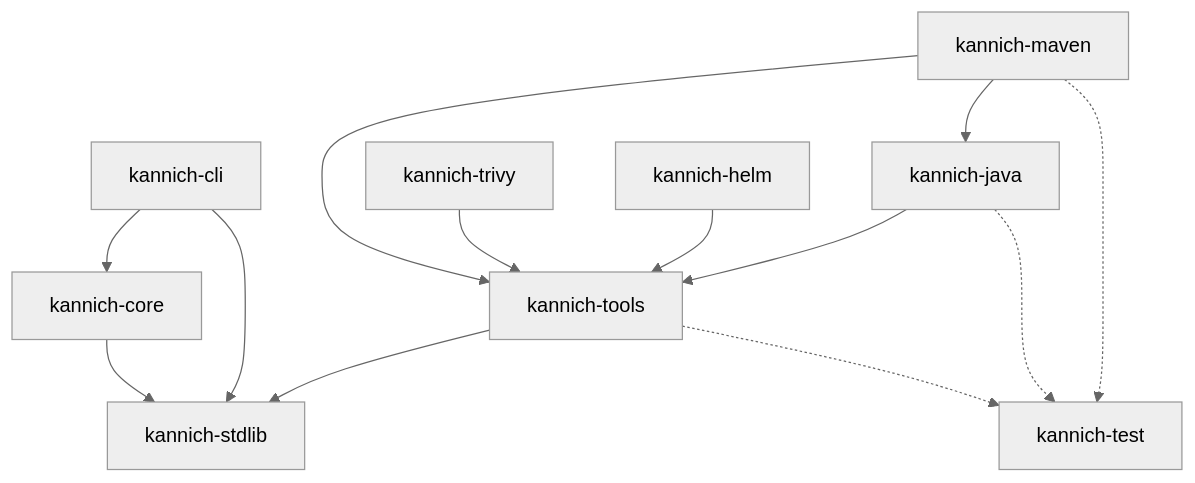
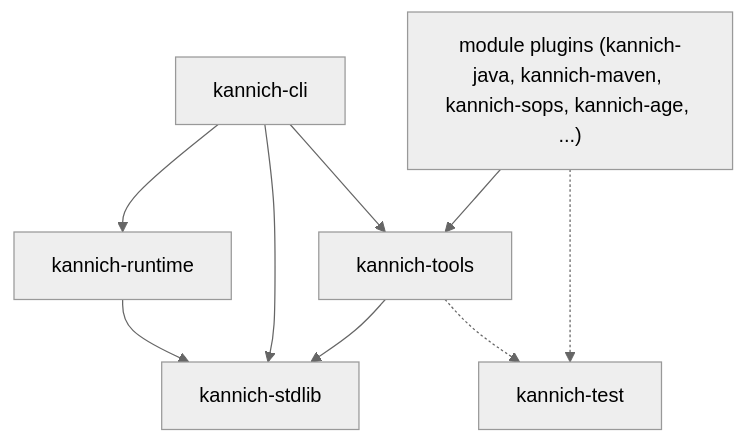
The diagram in DEVELOPERS.md (derkork/kannich), drawn with Mermaid (neutral theme) before and after one commit. The commit also changed other lines of this file and 14 other files, not shown here.

Commit message:
feat: add support for mozilla sops and age

````diff
--- a/DEVELOPERS.md
+++ b/DEVELOPERS.md
@@ -155,26 +167,19 @@
 ```mermaid
 graph TD
     stdlib[kannich-stdlib]
     tools[kannich-tools]
-    core[kannich-core]
+    runtime[kannich-runtime]
     cli[kannich-cli]
     test[kannich-test]
-    java[kannich-java]
-    maven[kannich-maven]
-    trivy[kannich-trivy]
-    helm[kannich-helm]
+    modules["module plugins (kannich-java, kannich-maven, kannich-sops, kannich-age, ...)"]
 
     tools --> stdlib
-    core --> stdlib
-    cli --> core
+    runtime --> stdlib
+    cli --> runtime
     cli --> stdlib
-    java --> tools
-    maven --> tools
-    maven --> java
-    trivy --> tools
-    helm --> tools
+    cli --> tools
+    modules --> tools
 
     tools -.-> test
-    java -.-> test
-    maven -.-> test
+    modules -.-> test
 ```
````
